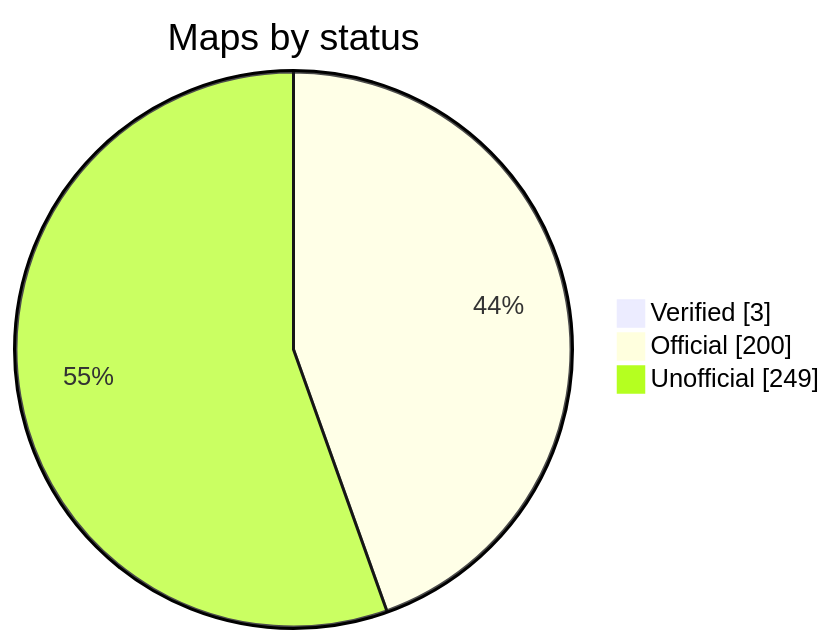
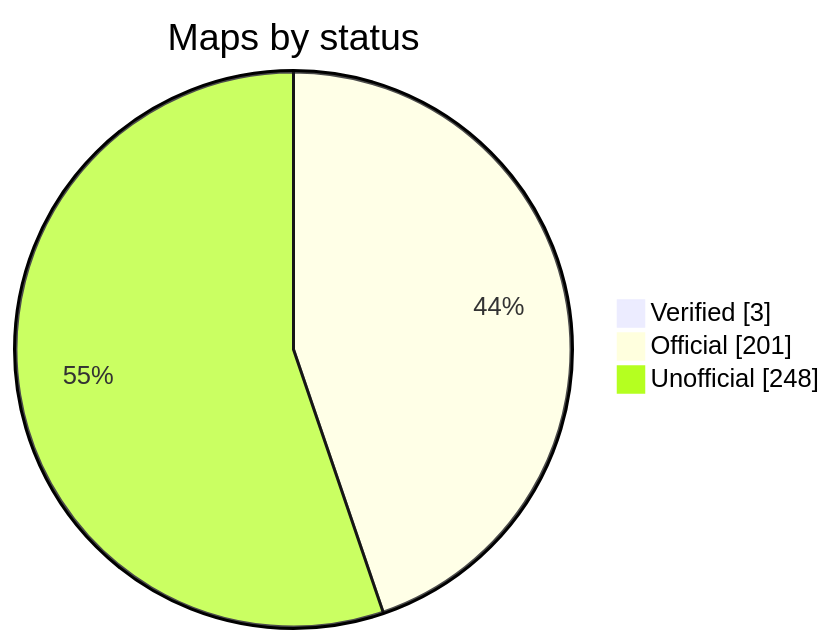
One commit to nobrega8/mbmap-library changed the diagram in README.md. Above: the diagram before and after it, drawn with Mermaid. The commit also changed 1 other file, not shown here.

Commit message:
Rebuild the index

````diff
--- a/README.md
+++ b/README.md
@@ -48,7 +48,7 @@
 ```mermaid
 pie showData
     title Maps by status
     "Verified" : 3
-    "Official" : 200
-    "Unofficial" : 249
+    "Official" : 201
+    "Unofficial" : 248
 ```
````
